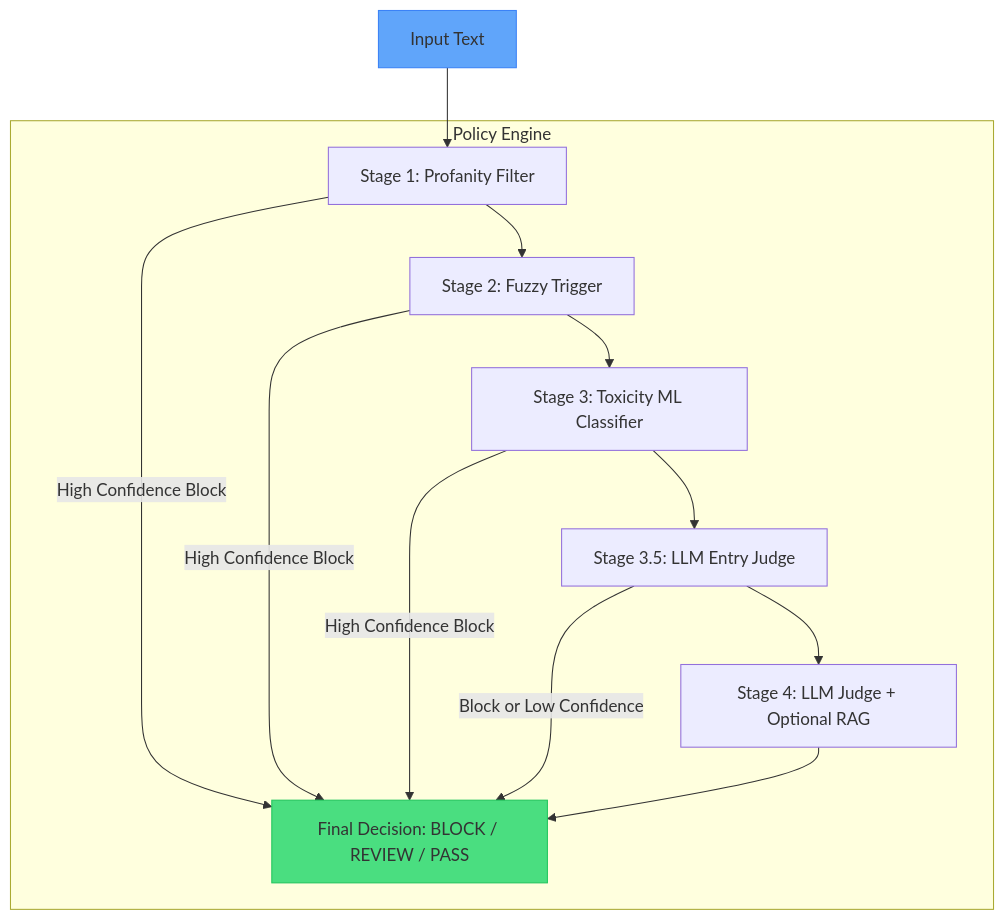
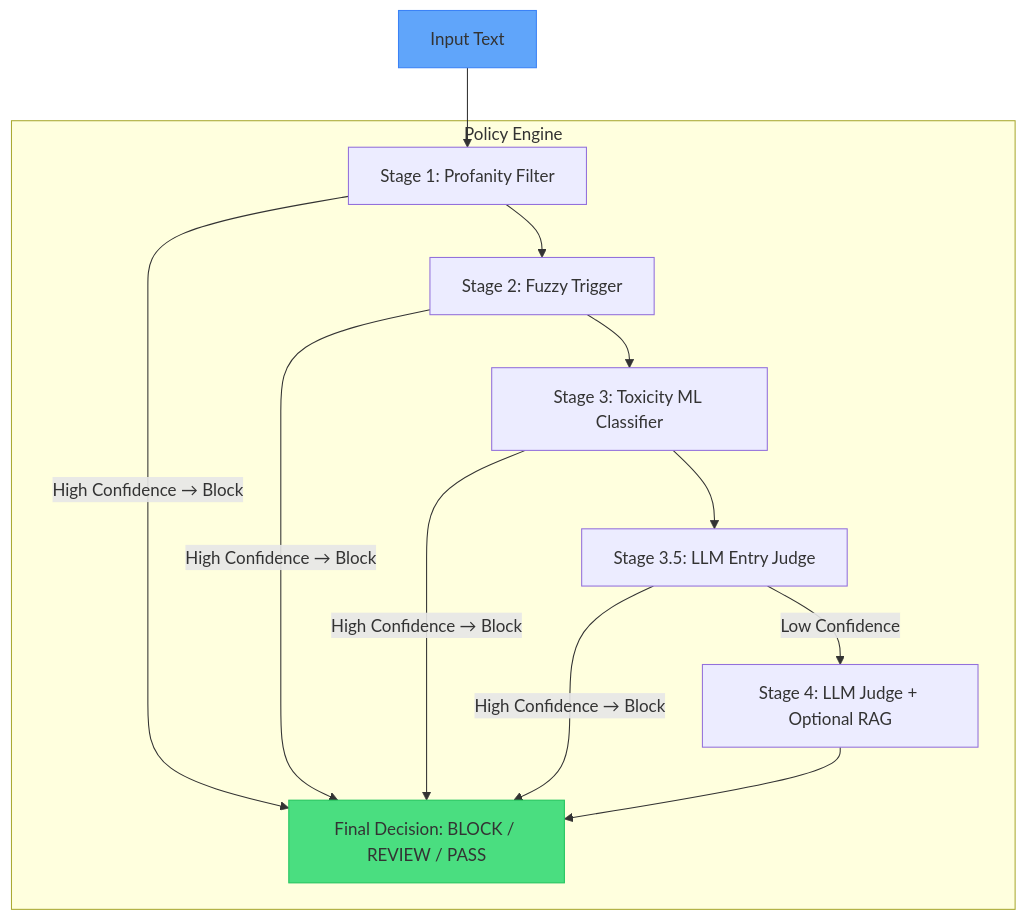
The diagram in README.md (corefrg/lexicont), drawn with Mermaid before and after one commit.

````diff
--- a/README.md
+++ b/README.md
@@ -18,20 +18,22 @@
 ```mermaid
 graph TD
-        A[Input Text] --> B[Stage 1: Profanity Filter]
+    A[Input Text] --> B[Stage 1: Profanity Filter]
+
     subgraph "Policy Engine"
         B --> C[Stage 2: Fuzzy Trigger]
         C --> D[Stage 3: Toxicity ML Classifier]
         D --> E[Stage 3.5: LLM Entry Judge]
-        E --> F[Stage 4: LLM Judge + Optional RAG]
+
+        B -->|"High Confidence → Block"| Z
+        C -->|"High Confidence → Block"| Z
+        D -->|"High Confidence → Block"| Z
         
-        B -->|High Confidence Block| Z
-        C -->|High Confidence Block| Z
-        D -->|High Confidence Block| Z
-        E -->|Block or Low Confidence| Z
+        E -->|"High Confidence → Block"| Z
+        E -->|"Low Confidence"| F
     end
 
-    F --> Z[Final Decision: BLOCK / REVIEW / PASS]
+    F[Stage 4: LLM Judge + Optional RAG] --> Z[Final Decision: BLOCK / REVIEW / PASS]
 
     style Z fill:#4ade80,stroke:#22c55e
     style A fill:#60a5fa,stroke:#3b82f6
 ```
````
